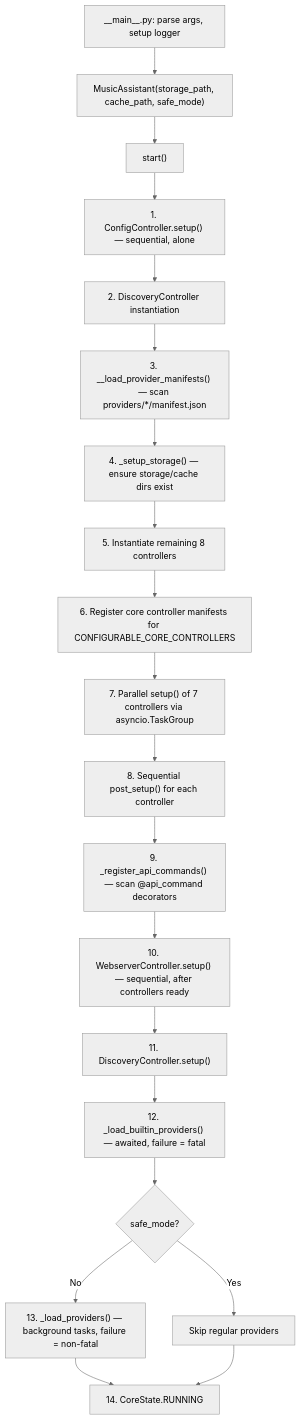
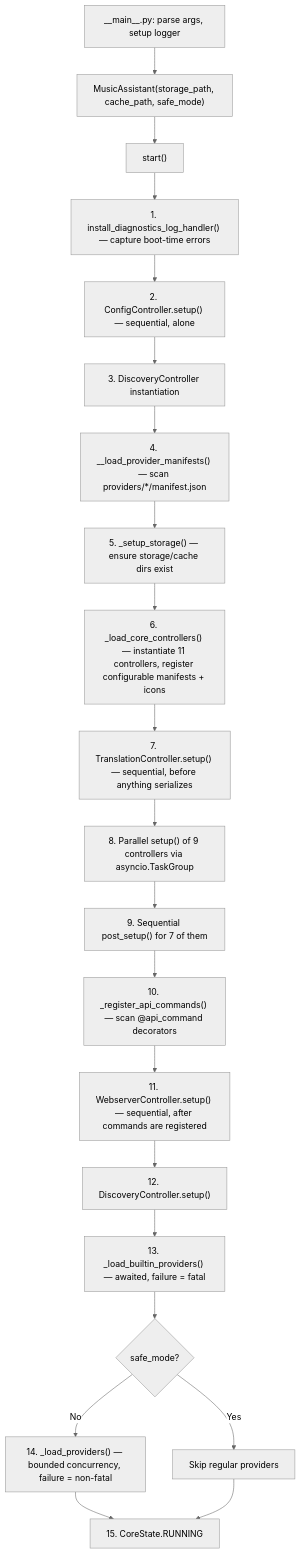
One commit to theturtle32/music-assistant-server changed the diagram in docs/architecture/00-overview.md. Above: the diagram before and after it, drawn with Mermaid (neutral theme). The commit also changed other lines of this file and 2 other files, not shown here.

First line of the commit message:
docs(architecture): core controller framework, startup order, provider load flow

````diff
--- a/docs/architecture/00-overview.md
+++ b/docs/architecture/00-overview.md
@@ -66,22 +93,23 @@
 ```mermaid
 flowchart TD
     A["__main__.py: parse args, setup logger"] --> B["MusicAssistant(storage_path, cache_path, safe_mode)"]
     B --> C["start()"]
-    C --> D["1. ConfigController.setup() — sequential, alone"]
-    D --> E["2. DiscoveryController instantiation"]
-    E --> F["3. __load_provider_manifests() — scan providers/*/manifest.json"]
-    F --> G["4. _setup_storage() — ensure storage/cache dirs exist"]
-    G --> H["5. Instantiate remaining 8 controllers"]
-    H --> I["6. Register core controller manifests for CONFIGURABLE_CORE_CONTROLLERS"]
-    I --> J["7. Parallel setup() of 7 controllers via asyncio.TaskGroup"]
-    J --> K["8. Sequential post_setup() for each controller"]
-    K --> L["9. _register_api_commands() — scan @api_command decorators"]
-    L --> M["10. WebserverController.setup() — sequential, after controllers ready"]
-    M --> N["11. DiscoveryController.setup()"]
-    N --> O["12. _load_builtin_providers() — awaited, failure = fatal"]
+    C --> C2["1. install_diagnostics_log_handler() — capture boot-time errors"]
+    C2 --> D["2. ConfigController.setup() — sequential, alone"]
+    D --> E["3. DiscoveryController instantiation"]
+    E --> F["4. __load_provider_manifests() — scan providers/*/manifest.json"]
+    F --> G["5. _setup_storage() — ensure storage/cache dirs exist"]
+    G --> H["6. _load_core_controllers() — instantiate 11 controllers, register configurable manifests + icons"]
+    H --> I["7. TranslationController.setup() — sequential, before anything serializes"]
+    I --> J["8. Parallel setup() of 9 controllers via asyncio.TaskGroup"]
+    J --> K["9. Sequential post_setup() for 7 of them"]
+    K --> L["10. _register_api_commands() — scan @api_command decorators"]
+    L --> M["11. WebserverController.setup() — sequential, after commands are registered"]
+    M --> N["12. DiscoveryController.setup()"]
+    N --> O["13. _load_builtin_providers() — awaited, failure = fatal"]
     O --> P{"safe_mode?"}
-    P -- No --> Q["13. _load_providers() — background tasks, failure = non-fatal"]
+    P -- No --> Q["14. _load_providers() — bounded concurrency, failure = non-fatal"]
     P -- Yes --> R["Skip regular providers"]
-    Q --> S["14. CoreState.RUNNING"]
+    Q --> S["15. CoreState.RUNNING"]
     R --> S
 ```
````
